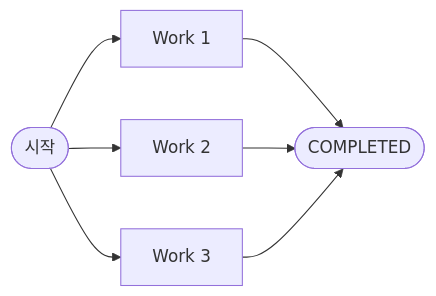
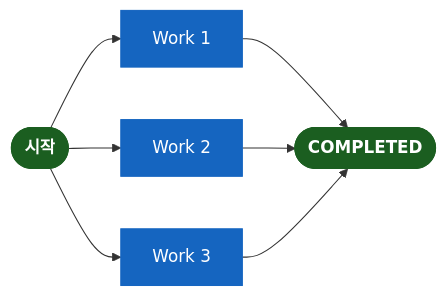
Before and after one commit to bluetape4k/bluetape4k-projects: the fifth of 8 diagrams in utils/workflow/README.ko.md, drawn with Mermaid. The commit also changed other lines of this file and 221 other files, not shown here.

First line of the commit message:
docs: 전체 모듈 README UML 다이어그램 보강 및 색상 업그레이드

````diff
--- a/utils/workflow/README.ko.md
+++ b/utils/workflow/README.ko.md
@@ -189,4 +218,10 @@
 ```mermaid
 flowchart LR
     S([시작]) --> W1[Work 1] & W2[Work 2] & W3[Work 3] --> E([COMPLETED])
+
+    classDef coreStyle fill:#1B5E20,stroke:#1B5E20,color:#FFFFFF,font-weight:bold
+    classDef serviceStyle fill:#1565C0,stroke:#1565C0,color:#FFFFFF
+
+    class W1,W2,W3 serviceStyle
+    class S,E coreStyle
 ```
````
